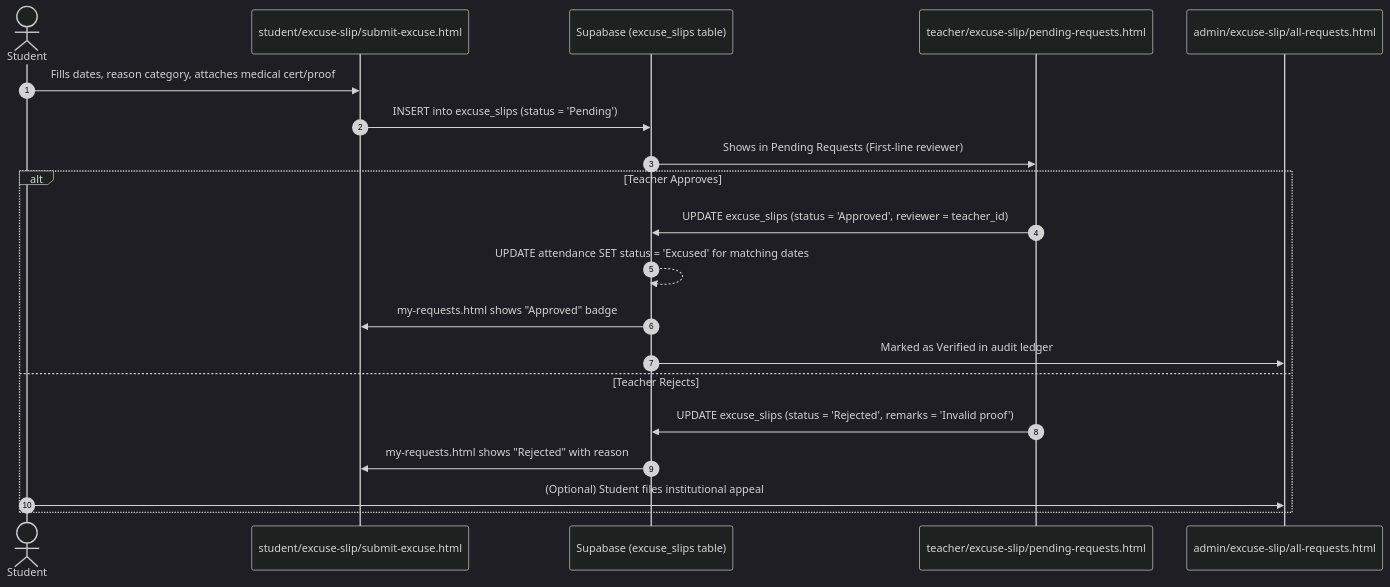
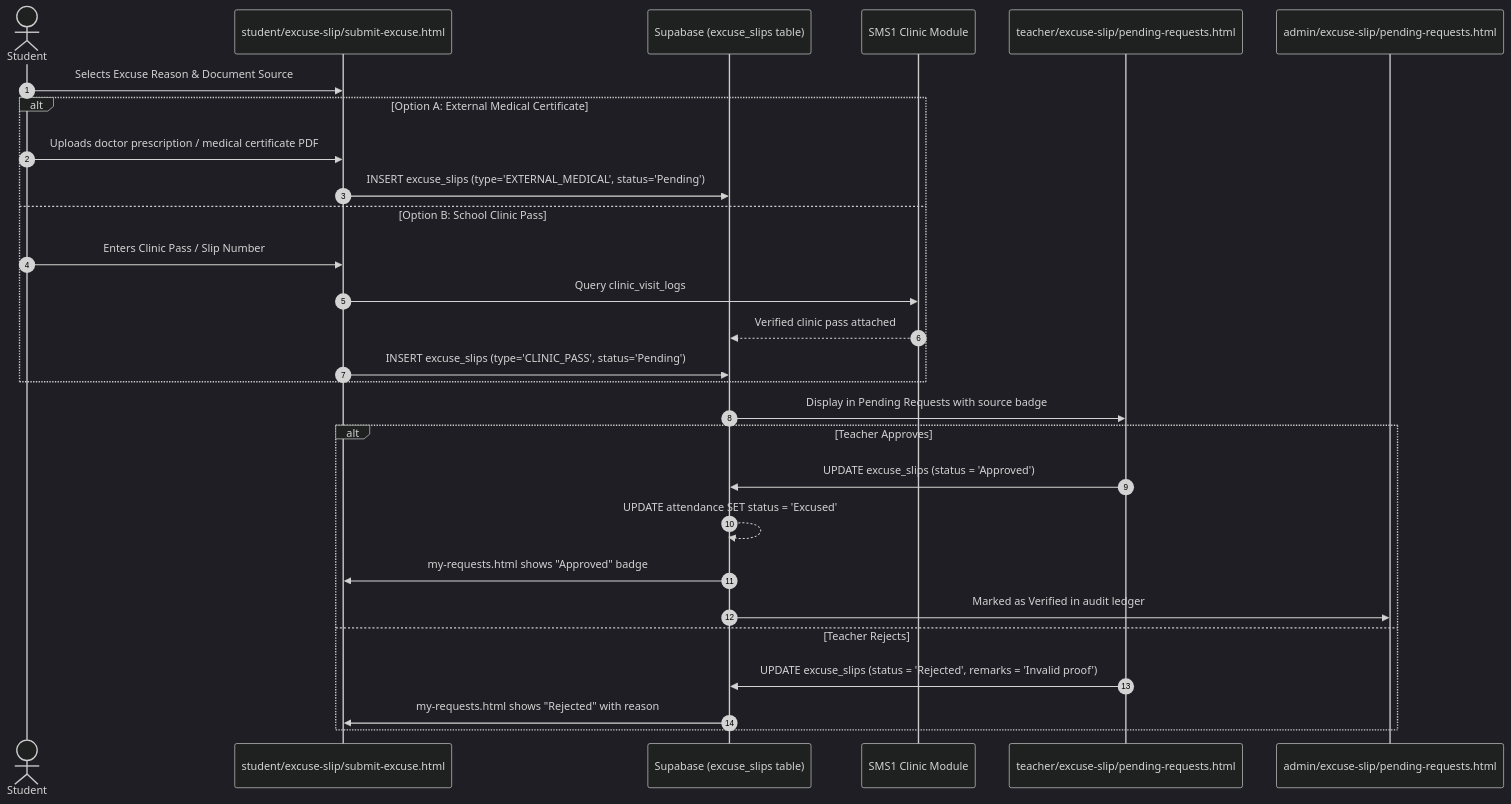
Before and after one commit to jaynzxc/SMS1-AMS: the second of 3 diagrams in .agent/skills/system-flow/SKILL.md, drawn with Mermaid (dark theme). The commit also changed other lines of this file and 25 other files, not shown here.

Commit message:
docs(architecture): align 14 domain skills and technical specs with 10 official AMS submodules and SMS 1 bridges

````diff
--- a/.agent/skills/system-flow/SKILL.md
+++ b/.agent/skills/system-flow/SKILL.md
@@ -112,23 +146,31 @@
 ```mermaid
 sequenceDiagram
     autonumber
     actor Student
     participant StudentUI as student/excuse-slip/submit-excuse.html
     participant DB as Supabase (excuse_slips table)
+    participant Clinic as SMS1 Clinic Module
     participant TeacherUI as teacher/excuse-slip/pending-requests.html
-    participant AdminUI as admin/excuse-slip/all-requests.html
+    participant AdminUI as admin/excuse-slip/pending-requests.html
 
-    Student->>StudentUI: Fills dates, reason category, attaches medical cert/proof
-    StudentUI->>DB: INSERT into excuse_slips (status = 'Pending')
-    DB->>TeacherUI: Shows in Pending Requests (First-line reviewer)
+    Student->>StudentUI: Selects Excuse Reason & Document Source
+    alt Option A: External Medical Certificate
+        Student->>StudentUI: Uploads doctor prescription / medical certificate PDF
+        StudentUI->>DB: INSERT excuse_slips (type='EXTERNAL_MEDICAL', status='Pending')
+    else Option B: School Clinic Pass
+        Student->>StudentUI: Enters Clinic Pass / Slip Number
+        StudentUI->>Clinic: Query clinic_visit_logs
+        Clinic-->>DB: Verified clinic pass attached
+        StudentUI->>DB: INSERT excuse_slips (type='CLINIC_PASS', status='Pending')
+    end
+    DB->>TeacherUI: Display in Pending Requests with source badge
     alt Teacher Approves
-        TeacherUI->>DB: UPDATE excuse_slips (status = 'Approved', reviewer = teacher_id)
-        DB-->>DB: UPDATE attendance SET status = 'Excused' for matching dates
+        TeacherUI->>DB: UPDATE excuse_slips (status = 'Approved')
+        DB-->>DB: UPDATE attendance SET status = 'Excused'
         DB->>StudentUI: my-requests.html shows "Approved" badge
         DB->>AdminUI: Marked as Verified in audit ledger
     else Teacher Rejects
         TeacherUI->>DB: UPDATE excuse_slips (status = 'Rejected', remarks = 'Invalid proof')
         DB->>StudentUI: my-requests.html shows "Rejected" with reason
-        Student->>AdminUI: (Optional) Student files institutional appeal
     end
 ```
````
